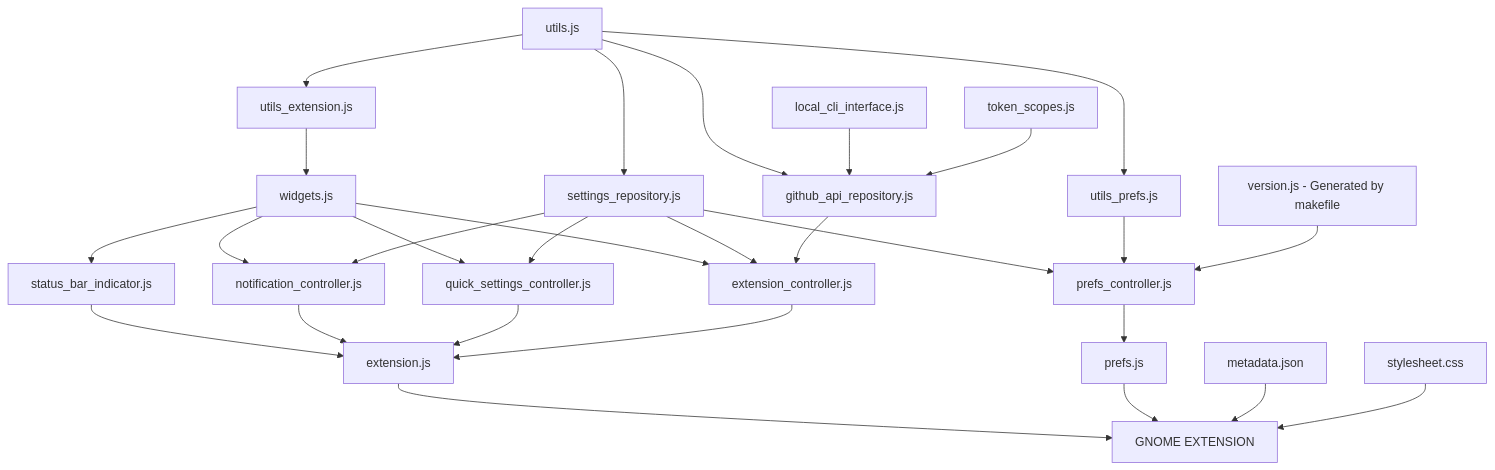
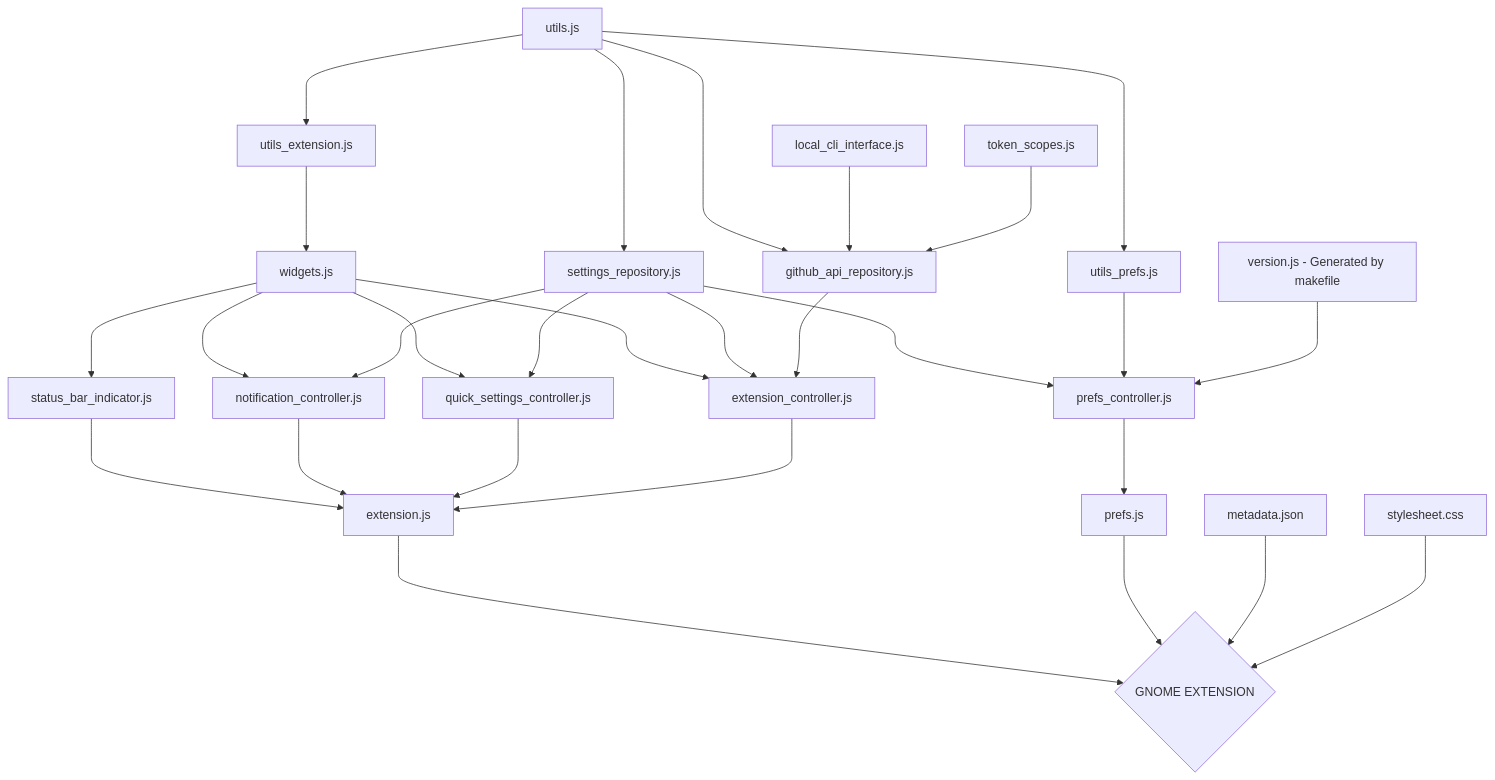
The diagram in README.md (arononak/github-actions-gnome-extension), drawn with Mermaid before and after one commit.

````diff
--- a/README.md
+++ b/README.md
@@ -32,31 +32,31 @@
 ```mermaid
 graph TD;
-    utils.js-->utils_extension.js
-    utils.js-->github_api_repository.js
-    local_cli_interface.js-->github_api_repository.js
-    token_scopes.js-->github_api_repository.js
-    widgets.js-->extension_controller.js
-    settings_repository.js-->extension_controller.js
-    github_api_repository.js-->extension_controller.js
-    widgets.js-->status_bar_indicator.js
-    widgets.js-->notification_controller.js
-    status_bar_indicator.js-->extension.js
-    notification_controller.js-->extension.js
-    widgets.js-->quick_settings_controller.js
-    settings_repository.js-->quick_settings_controller.js
-    settings_repository.js-->notification_controller.js
-    quick_settings_controller.js-->extension.js
-    extension_controller.js-->extension.js
-    utils.js-->settings_repository.js
-    settings_repository.js-->prefs_controller.js
-    utils.js-->utils_prefs.js
-    utils_prefs.js-->prefs_controller.js
-    prefs_controller.js-->prefs.js
-    utils_extension.js-->widgets.js
-    version.js[version.js - Generated by makefile]-->prefs_controller.js
+    utils.js--->utils_extension.js
+    utils.js--->github_api_repository.js
+    local_cli_interface.js--->github_api_repository.js
+    token_scopes.js--->github_api_repository.js
+    widgets.js--->extension_controller.js
+    settings_repository.js--->extension_controller.js
+    github_api_repository.js--->extension_controller.js
+    widgets.js--->status_bar_indicator.js
+    widgets.js--->notification_controller.js
+    status_bar_indicator.js--->extension.js
+    notification_controller.js--->extension.js
+    widgets.js--->quick_settings_controller.js
+    settings_repository.js--->quick_settings_controller.js
+    settings_repository.js--->notification_controller.js
+    quick_settings_controller.js--->extension.js
+    extension_controller.js--->extension.js
+    utils.js--->settings_repository.js
+    settings_repository.js--->prefs_controller.js
+    utils.js--->utils_prefs.js
+    utils_prefs.js--->prefs_controller.js
+    prefs_controller.js--->prefs.js
+    utils_extension.js--->widgets.js
+    version.js[version.js - Generated by makefile]--->prefs_controller.js
 
-    extension.js-->EXTENSION[GNOME EXTENSION]
-    prefs.js-->EXTENSION[GNOME EXTENSION]
-    metadata.json-->EXTENSION[GNOME EXTENSION]
-    stylesheet.css-->EXTENSION[GNOME EXTENSION]
+    extension.js--->EXTENSION{GNOME EXTENSION}
+    prefs.js--->EXTENSION{GNOME EXTENSION}
+    metadata.json--->EXTENSION{GNOME EXTENSION}
+    stylesheet.css--->EXTENSION{GNOME EXTENSION}
 ```
````
